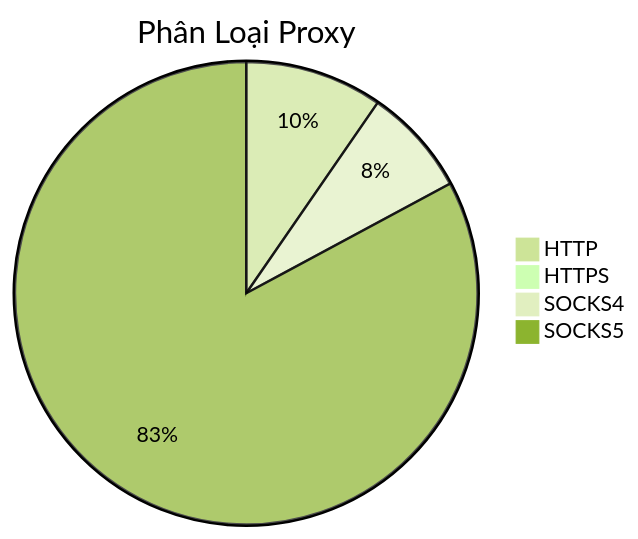
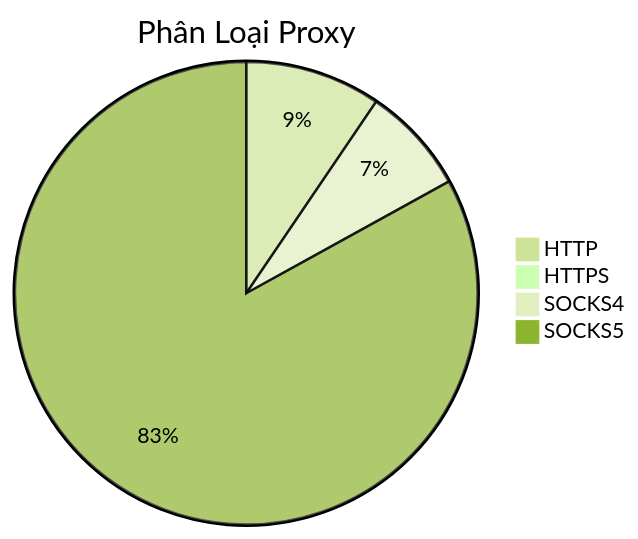
Before and after one commit to Ciara-Aa/PROXY-free: the diagram in README.md, drawn with Mermaid (forest theme). The commit also changed other lines of this file and 4 other files, not shown here.

````diff
--- a/README.md
+++ b/README.md
@@ -26,7 +26,7 @@
 ```mermaid
 pie title Phân Loại Proxy
-    "HTTP" : 366
-    "HTTPS" : 1
-    "SOCKS4" : 287
-    "SOCKS5" : 3155
+    "HTTP" : 401
+    "HTTPS" : 2
+    "SOCKS4" : 317
+    "SOCKS5" : 3511
 ```
````
